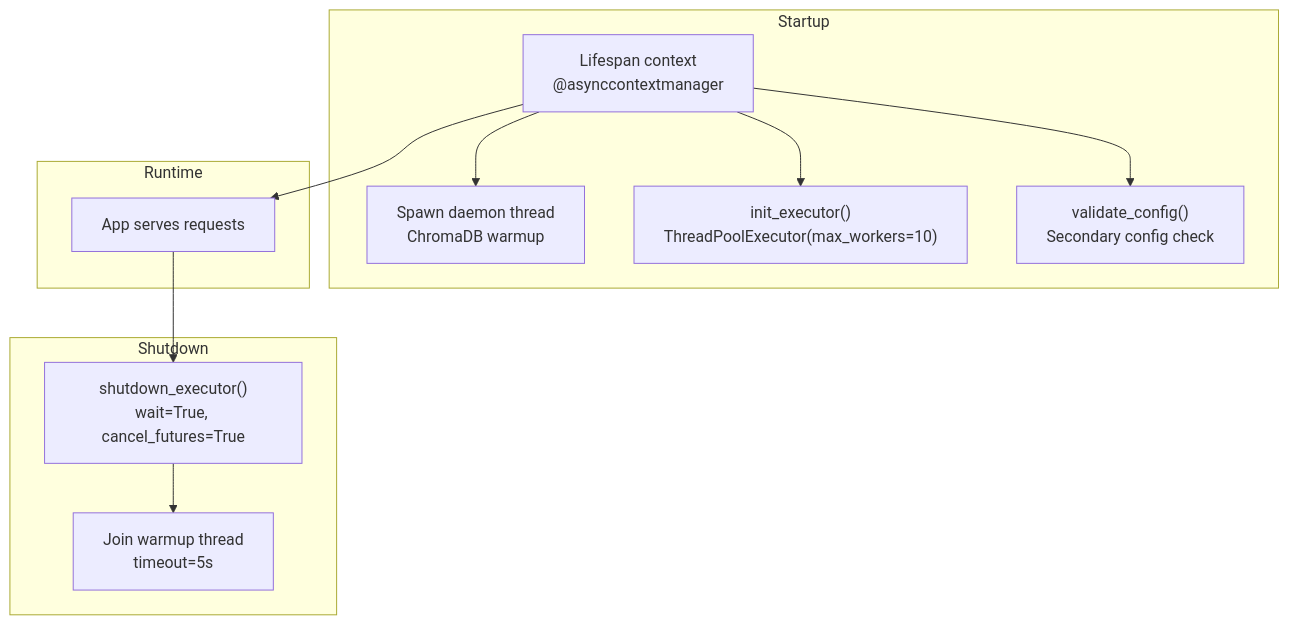
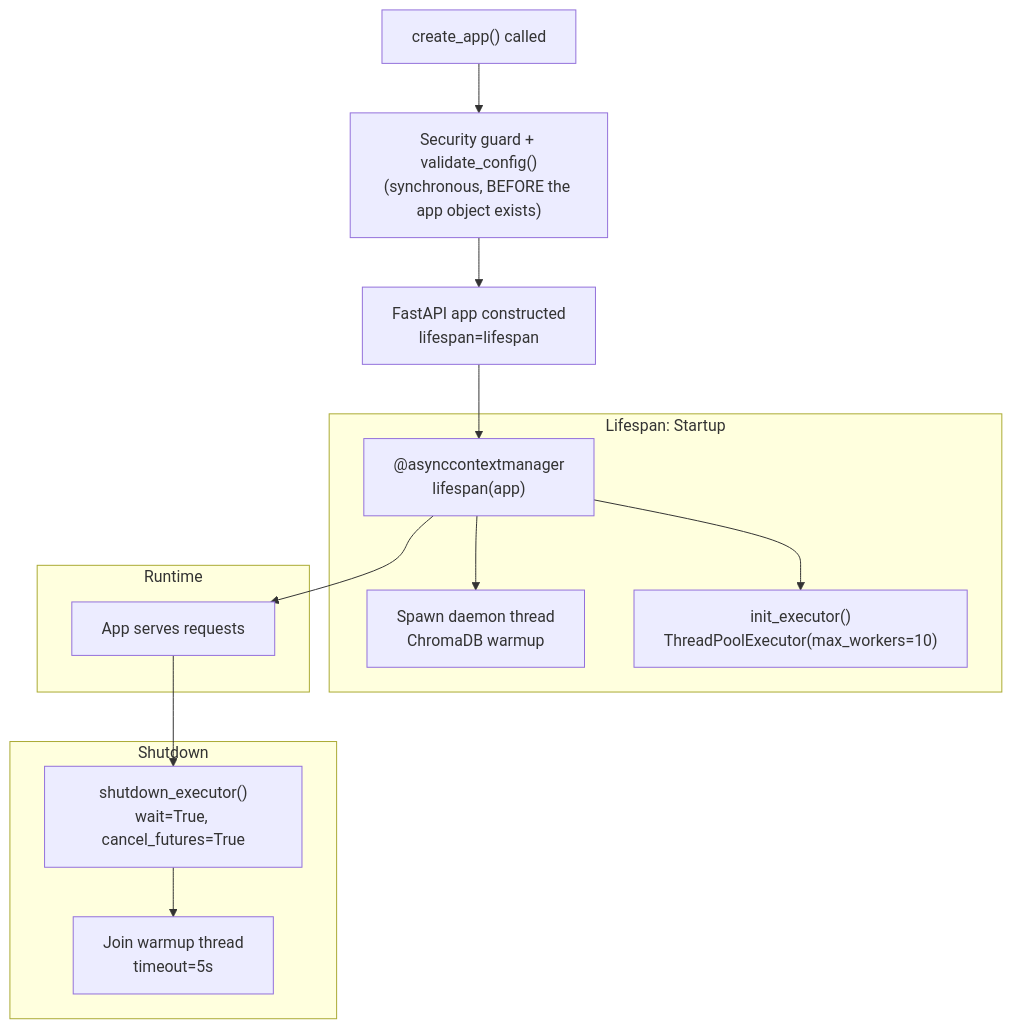
The third of 6 diagrams in docs/core/GATEWAY.md (brunogcar/agent), drawn with Mermaid before and after one commit. The commit also changed other lines of this file and 12 other files, not shown here.

````diff
--- a/docs/core/GATEWAY.md
+++ b/docs/core/GATEWAY.md
@@ -93,16 +93,18 @@
 ```mermaid
 graph TD
-    subgraph "Startup"
-        A["Lifespan context<br/>@asynccontextmanager"] --> B["Spawn daemon thread<br/>ChromaDB warmup"]
+    A0["create_app() called"] --> A1["Security guard + validate_config()<br/>(synchronous, BEFORE the app object exists)"]
+    A1 --> A2["FastAPI app constructed<br/>lifespan=lifespan"]
+    subgraph "Lifespan: Startup"
+        A["@asynccontextmanager<br/>lifespan(app)"] --> B["Spawn daemon thread<br/>ChromaDB warmup"]
         A --> C["init_executor()<br/>ThreadPoolExecutor(max_workers=10)"]
-        A --> D["validate_config()<br/>Secondary config check"]
     end
     subgraph "Runtime"
         E["App serves requests"]
     end
     subgraph "Shutdown"
         F["shutdown_executor()<br/>wait=True, cancel_futures=True"] --> G["Join warmup thread<br/>timeout=5s"]
     end
+    A2 --> A
     A --> E
     E --> F
 ```
````
